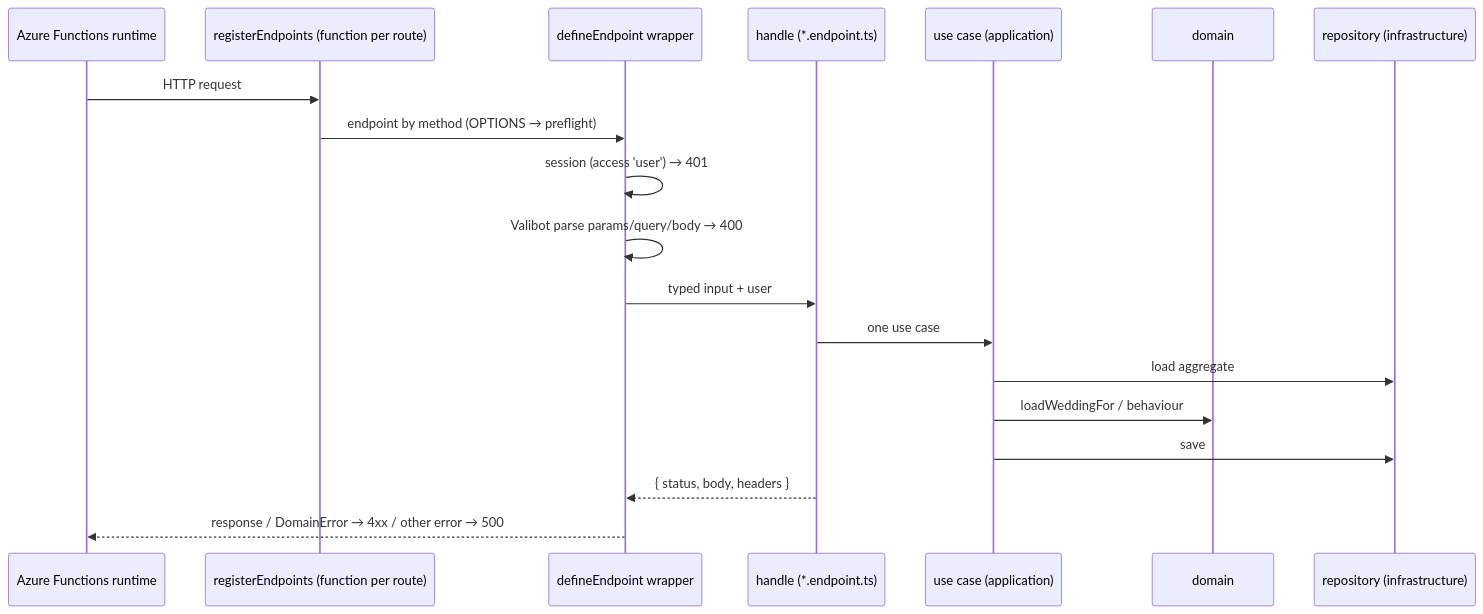
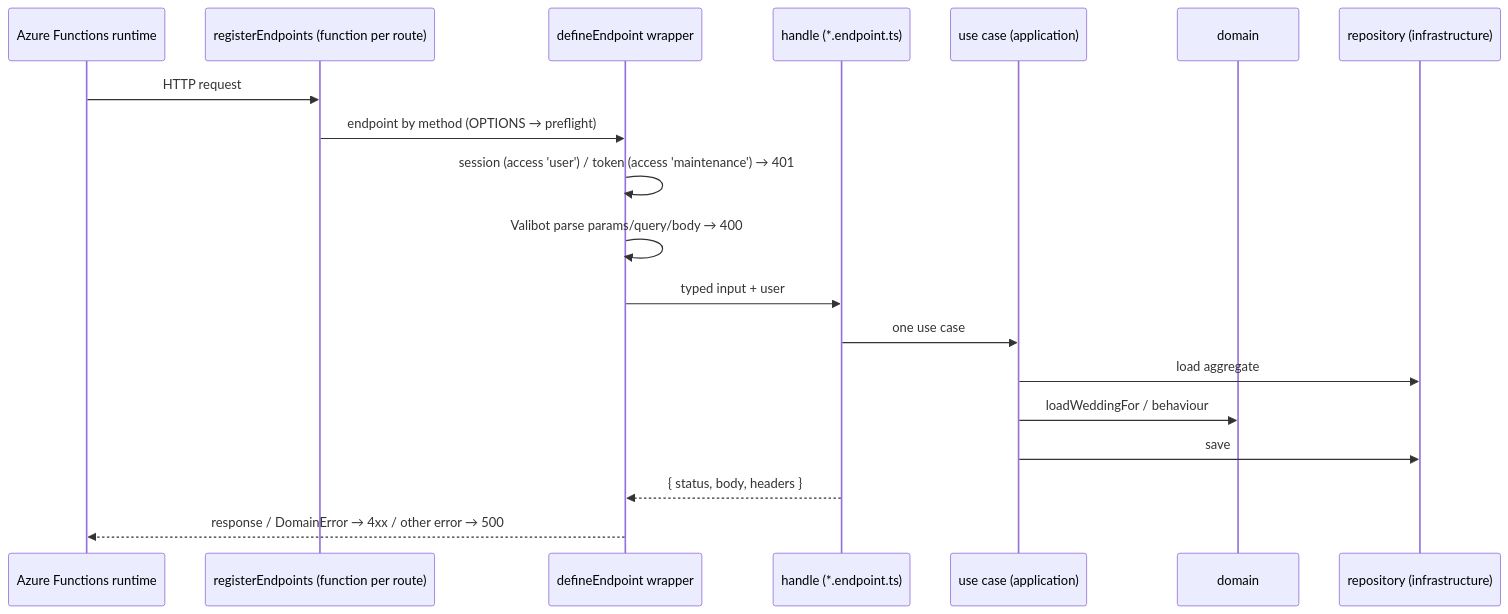
One commit to iziqq/fridrich.cloud changed the diagram in doc/wiki/architecture/backend.md. Above: the diagram before and after it, drawn with Mermaid. The commit also changed other lines of this file and 74 other files, not shown here.

````diff
--- a/doc/wiki/architecture/backend.md
+++ b/doc/wiki/architecture/backend.md
@@ -54,21 +54,21 @@
 ```mermaid
 sequenceDiagram
     participant R as Azure Functions runtime
     participant E as registerEndpoints (function per route)
     participant D as defineEndpoint wrapper
     participant H as handle (*.endpoint.ts)
     participant U as use case (application)
     participant M as domain
     participant I as repository (infrastructure)
     R->>E: HTTP request
     E->>D: endpoint by method (OPTIONS → preflight)
-    D->>D: session (access 'user') → 401
+    D->>D: session (access 'user') / token (access 'maintenance') → 401
     D->>D: Valibot parse params/query/body → 400
     D->>H: typed input + user
     H->>U: one use case
     U->>I: load aggregate
     U->>M: loadWeddingFor / behaviour
     U->>I: save
     H-->>D: { status, body, headers }
     D-->>R: response / DomainError → 4xx / other error → 500
 ```
````
